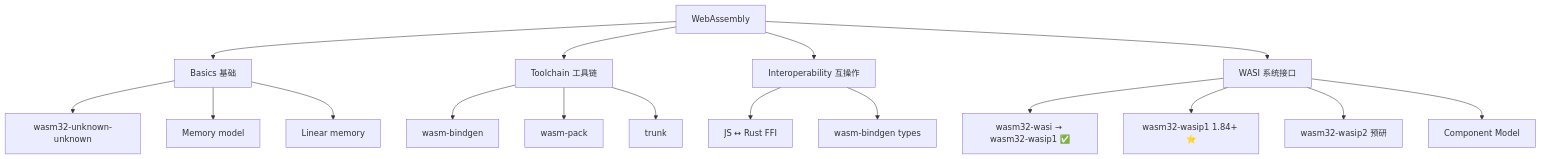
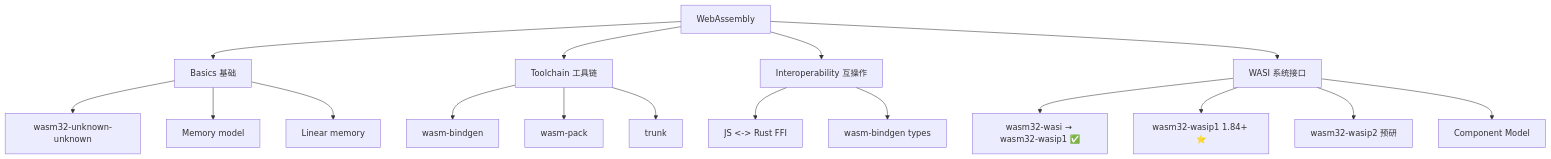
Before and after one commit to martin-ly/rust-lang: diagram 14 of 16 in docs/04_rust_language_feature_comprehensive_inventory_2026.md, drawn with Mermaid. The commit also changed other lines of this file and 97 other files, not shown here.

````diff
--- a/docs/04_rust_language_feature_comprehensive_inventory_2026.md
+++ b/docs/04_rust_language_feature_comprehensive_inventory_2026.md
@@ -2029,23 +2029,23 @@
 ```mermaid
 graph TD
     C12[WebAssembly] --> B[Basics 基础]
     C12 --> T[Toolchain 工具链]
     C12 --> I[Interoperability 互操作]
     C12 --> W[WASI 系统接口]
 
     B --> B1[wasm32-unknown-unknown]
     B --> B2[Memory model]
     B --> B3[Linear memory]
 
     T --> T1[wasm-bindgen]
     T --> T2[wasm-pack]
     T --> T3[ trunk]
 
-    I --> I1[JS ↔ Rust FFI]
+    I --> I1[JS <-> Rust FFI]
     I --> I2[wasm-bindgen types]
 
     W --> W1[wasm32-wasi → wasm32-wasip1 ✅]
     W --> W2[wasm32-wasip1 1.84+ ⭐]
     W --> W3[wasm32-wasip2 预研]
     W --> W4[Component Model]
 ```
````
